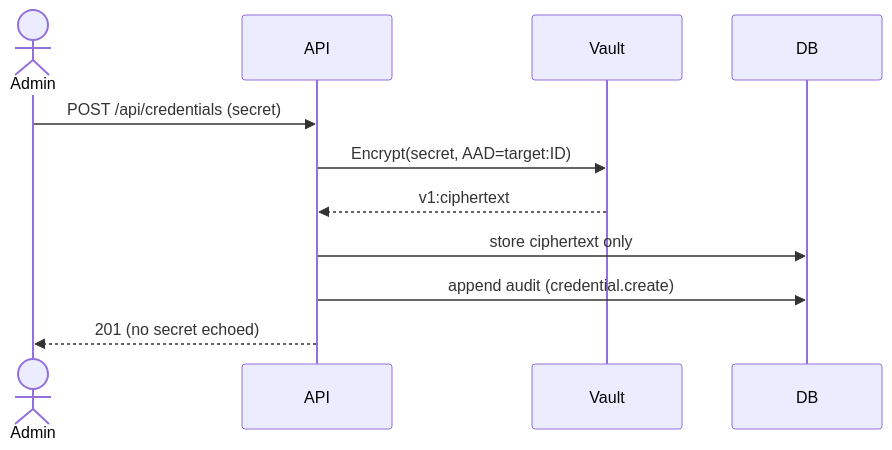
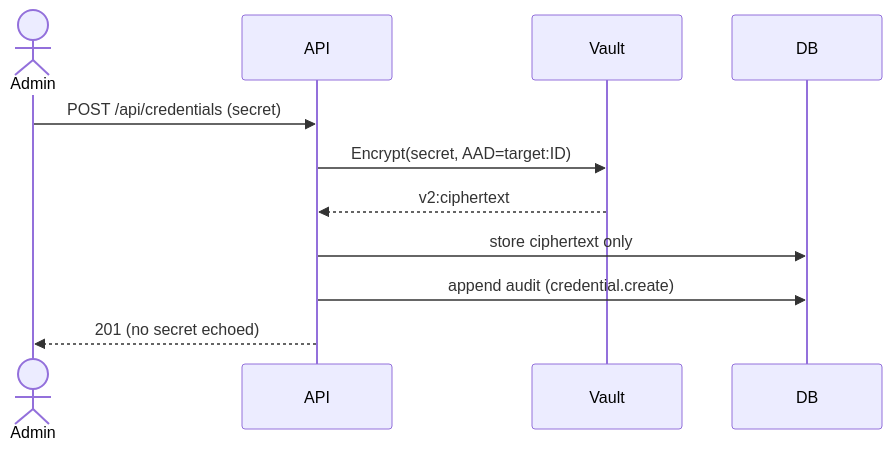
Before and after one commit to morandeirachema/pamv1: the second of 4 diagrams in docs/ARCHITECTURE-HIGH-LEVEL.md, drawn with Mermaid. The commit also changed 2 other files, not shown here.

Commit message:
docs: sync architecture docs and CLAUDE.md with the code
- Config table (§4): add the 9 undocumented env vars (alert syslog/email,
  rotate-after-session, allowed-protocols, guacd recording path) plus
  PAM_NEW_MASTER_KEY; fix the duplicated/contradictory PAM_MASTER_KEY row;
  note the Vault-Transit HTTPS requirement.
- §1 package map: add discovery/, metrics/, rotate/ (were omitted); §2.2:
  add checkouts/oidc_states/access_requests tables and the advisory-lock +
  partial-unique-index notes; refresh the "Last updated / Reflects" header to
  all-10-phases + hardening; add a change-log row.
- CLAUDE.md and the high-level sequence diagram: correct the retired v1:
  token description to the v2: envelope format.

````diff
--- a/docs/ARCHITECTURE-HIGH-LEVEL.md
+++ b/docs/ARCHITECTURE-HIGH-LEVEL.md
@@ -97,13 +97,13 @@
 ```mermaid
 sequenceDiagram
     actor Admin
     participant API
     participant Vault
     participant DB
     Admin->>API: POST /api/credentials (secret)
     API->>Vault: Encrypt(secret, AAD=target:ID)
-    Vault-->>API: v1:ciphertext
+    Vault-->>API: v2:ciphertext
     API->>DB: store ciphertext only
     API->>DB: append audit (credential.create)
     API-->>Admin: 201 (no secret echoed)
 ```
````
